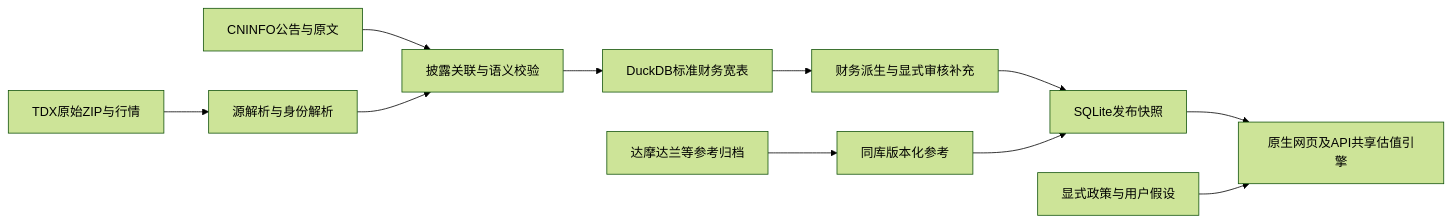
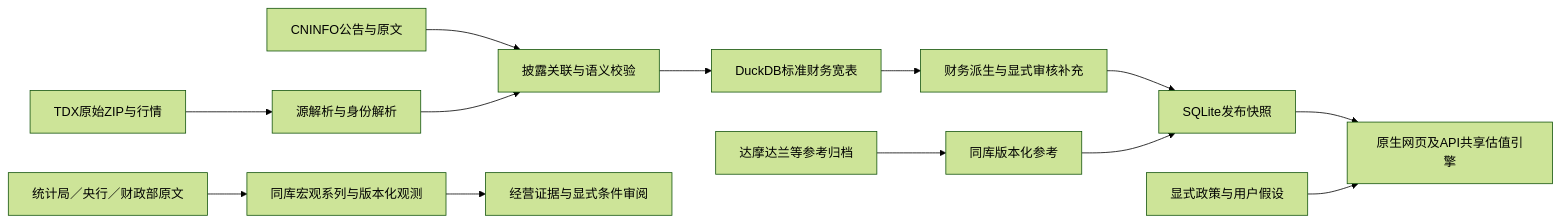
The diagram in docs/design.md (yinhm/alphalake), drawn with Mermaid (forest theme) before and after one commit. The commit also changed other lines of this file and 16 other files, not shown here.

````diff
--- a/docs/design.md
+++ b/docs/design.md
@@ -7,13 +7,15 @@
 ```mermaid
 flowchart LR
   A[TDX原始ZIP与行情] --> B[源解析与身份解析]
   C[CNINFO公告与原文] --> D[披露关联与语义校验]
   B --> D
   D --> E[DuckDB标准财务宽表]
   F[达摩达兰等参考归档] --> G[同库版本化参考]
   E --> H[财务派生与显式审核补充]
   H --> I[SQLite发布快照]
   G --> I
   I --> J[原生网页及API共享估值引擎]
   K[显式政策与用户假设] --> J
+  L[统计局／央行／财政部原文] --> M[同库宏观系列与版本化观测]
+  M --> N[经营证据与显式条件审阅]
 ```
````
